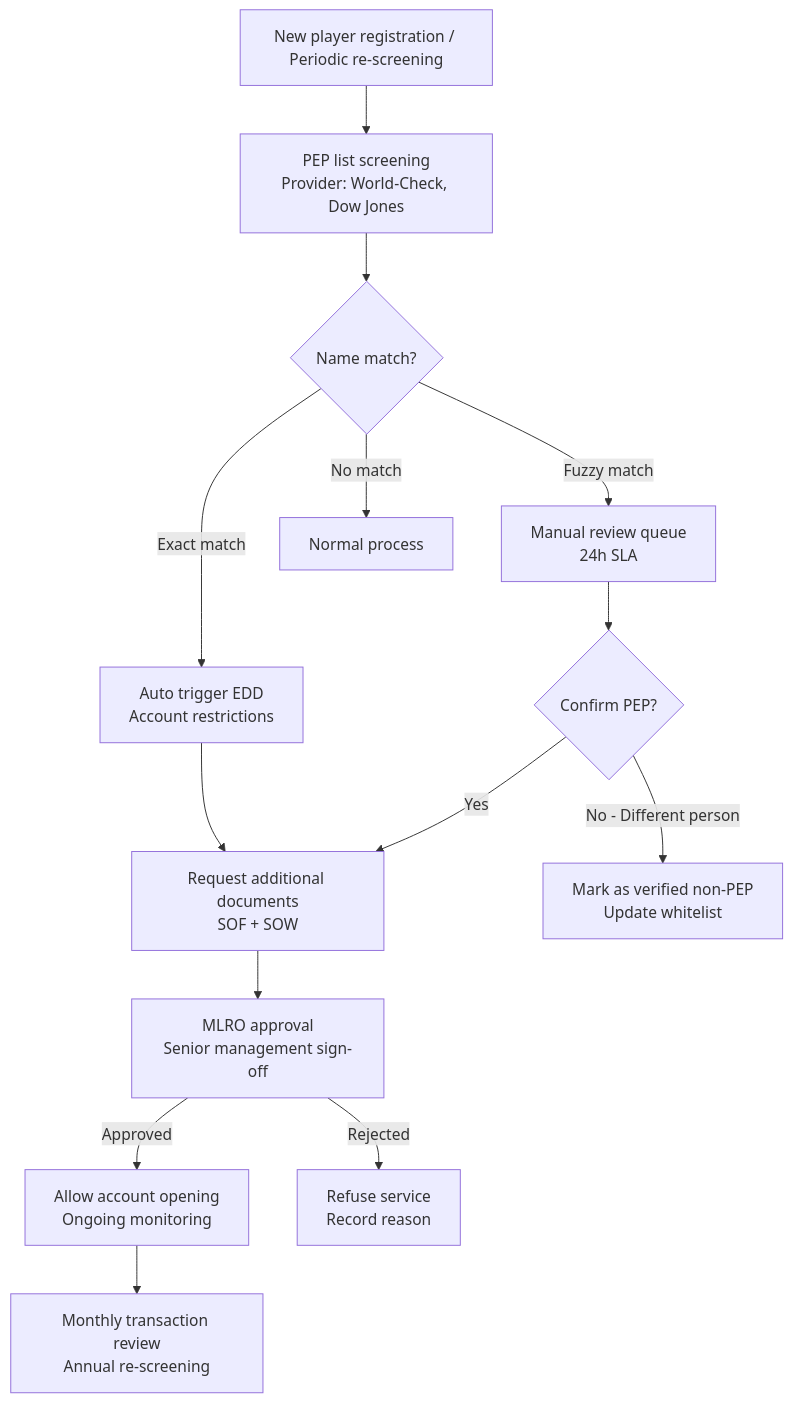
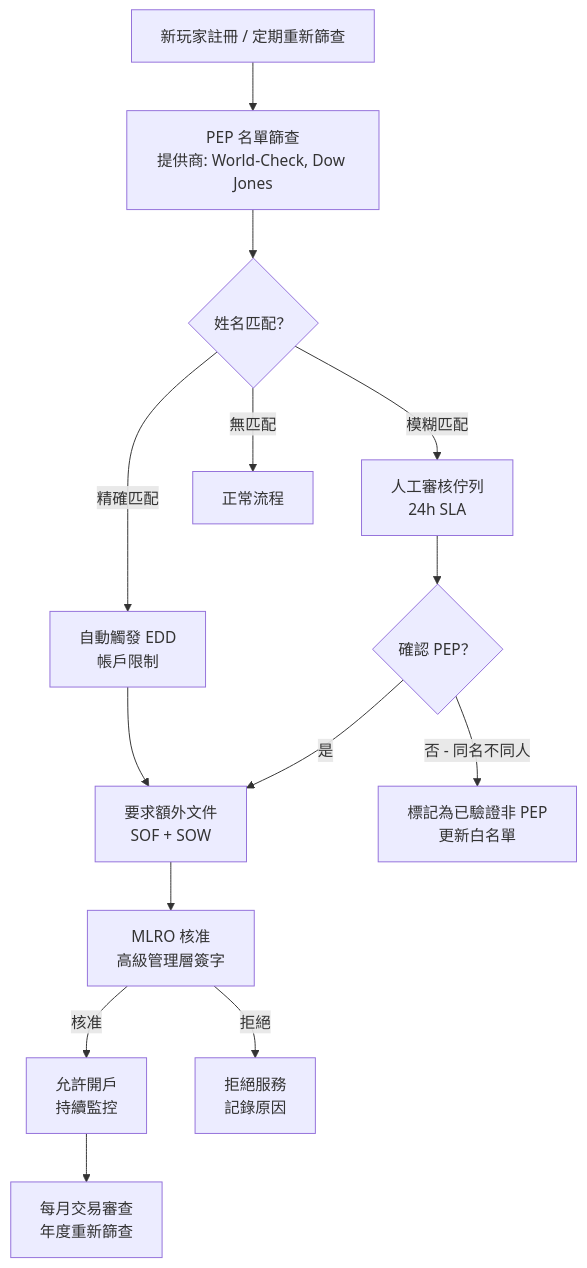
Before and after one commit to ron03wlb/smart-admin: the third of 5 diagrams in docs/iGaming/architecture/05_Risk_Engine/KYC_Verification_API.md, drawn with Mermaid. The commit also changed other lines of this file and 5 other files, not shown here.

````diff
--- a/docs/iGaming/architecture/05_Risk_Engine/KYC_Verification_API.md
+++ b/docs/iGaming/architecture/05_Risk_Engine/KYC_Verification_API.md
@@ -71,23 +71,23 @@
 ```mermaid
 flowchart TD
-    A[New player registration / Periodic re-screening] --> B[PEP list screening<br/>Provider: World-Check, Dow Jones]
+    A[新玩家註冊 / 定期重新篩查] --> B[PEP 名單篩查<br/>提供商: World-Check, Dow Jones]
 
-    B --> C{Name match?}
+    B --> C{姓名匹配？}
 
-    C -->|Exact match| D[Auto trigger EDD<br/>Account restrictions]
-    C -->|Fuzzy match| E[Manual review queue<br/>24h SLA]
-    C -->|No match| F[Normal process]
+    C -->|精確匹配| D[自動觸發 EDD<br/>帳戶限制]
+    C -->|模糊匹配| E[人工審核佇列<br/>24h SLA]
+    C -->|無匹配| F[正常流程]
 
-    D --> G[Request additional documents<br/>SOF + SOW]
-    E --> H{Confirm PEP?}
+    D --> G[要求額外文件<br/>SOF + SOW]
+    E --> H{確認 PEP？}
 
-    H -->|Yes| G
-    H -->|No - Different person| I[Mark as verified non-PEP<br/>Update whitelist]
+    H -->|是| G
+    H -->|否 - 同名不同人| I[標記為已驗證非 PEP<br/>更新白名單]
 
-    G --> J[MLRO approval<br/>Senior management sign-off]
+    G --> J[MLRO 核准<br/>高級管理層簽字]
 
-    J -->|Approved| K[Allow account opening<br/>Ongoing monitoring]
-    J -->|Rejected| L[Refuse service<br/>Record reason]
+    J -->|核准| K[允許開戶<br/>持續監控]
+    J -->|拒絕| L[拒絕服務<br/>記錄原因]
 
-    K --> M[Monthly transaction review<br/>Annual re-screening]
+    K --> M[每月交易審查<br/>年度重新篩查]
 ```
````
